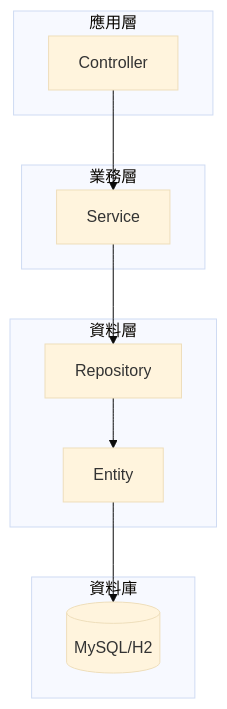
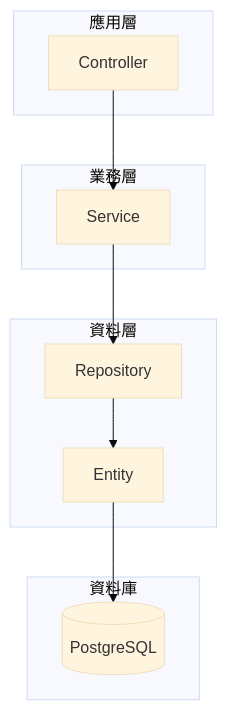
Before and after one commit to Jared73431/SpringTest: the first of 6 diagrams in Spring_JPA2/readme.md, drawn with Mermaid (base theme).

````diff
--- a/Spring_JPA2/readme.md
+++ b/Spring_JPA2/readme.md
@@ -15,24 +15,24 @@
 ```mermaid
 graph TB
     subgraph "應用層"
         A[Controller]
     end
     
     subgraph "業務層"
         B[Service]
     end
     
     subgraph "資料層"
         C[Repository]
         D[Entity]
     end
     
     subgraph "資料庫"
-        E[(MySQL/H2)]
+        E[(PostgreSQL)]
     end
     
     A --> B
     B --> C
     C --> D
     D --> E
 ```
````
